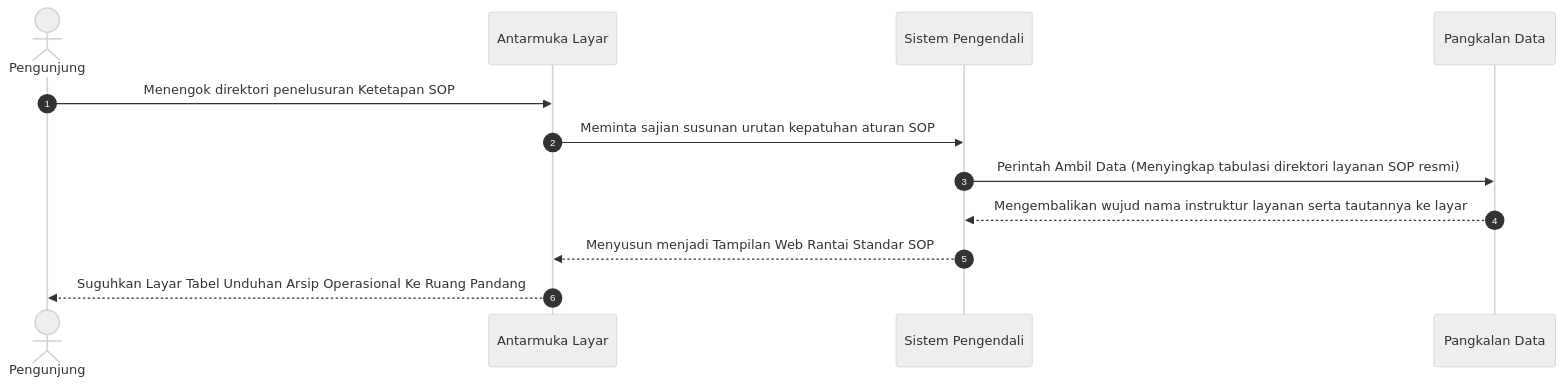
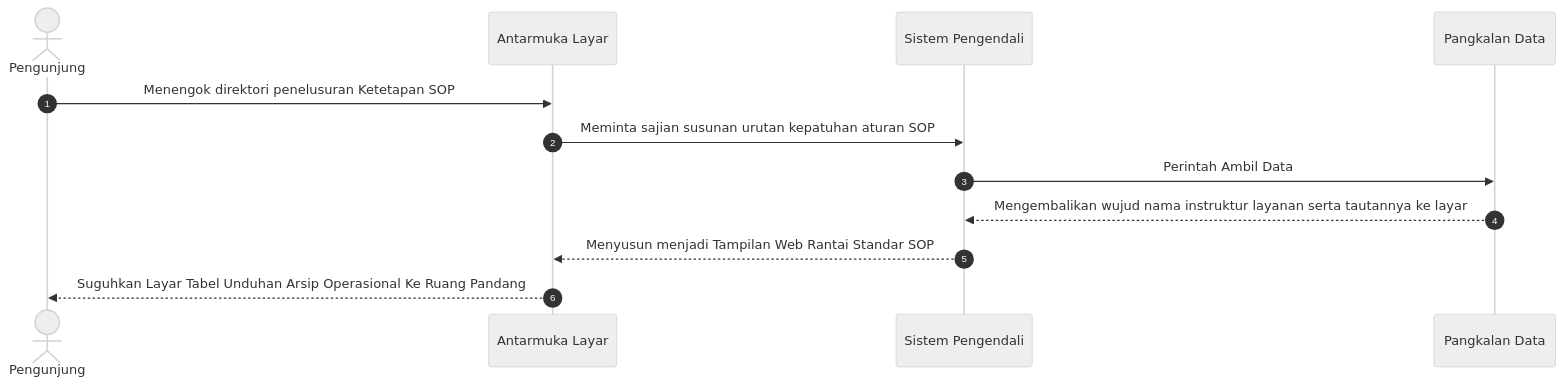
Diagram 16 of 39 in docs/02_DIAGRAM_URUTAN_SEQUENCE.md (arbain-dev/Web_fikom), drawn with Mermaid (neutral theme) before and after one commit. The commit also changed other lines of this file, not shown here.

````diff
--- a/docs/02_DIAGRAM_URUTAN_SEQUENCE.md
+++ b/docs/02_DIAGRAM_URUTAN_SEQUENCE.md
@@ -382,17 +382,17 @@
 ```mermaid
 sequenceDiagram
     autonumber
     actor User as Pengunjung
     participant Frontend as Antarmuka Layar
     participant Backend as Sistem Pengendali
     participant Database as Pangkalan Data
 
     User->>Frontend: Menengok direktori penelusuran Ketetapan SOP
     Frontend->>Backend: Meminta sajian susunan urutan kepatuhan aturan SOP
     
-    Backend->>Database: Perintah Ambil Data (Menyingkap tabulasi direktori layanan SOP resmi)
+    Backend->>Database: Perintah Ambil Data
     Database-->>Backend: Mengembalikan wujud nama instruktur layanan serta tautannya ke layar
     
     Backend-->>Frontend: Menyusun menjadi Tampilan Web Rantai Standar SOP
     Frontend-->>User: Suguhkan Layar Tabel Unduhan Arsip Operasional Ke Ruang Pandang
 ```
````
